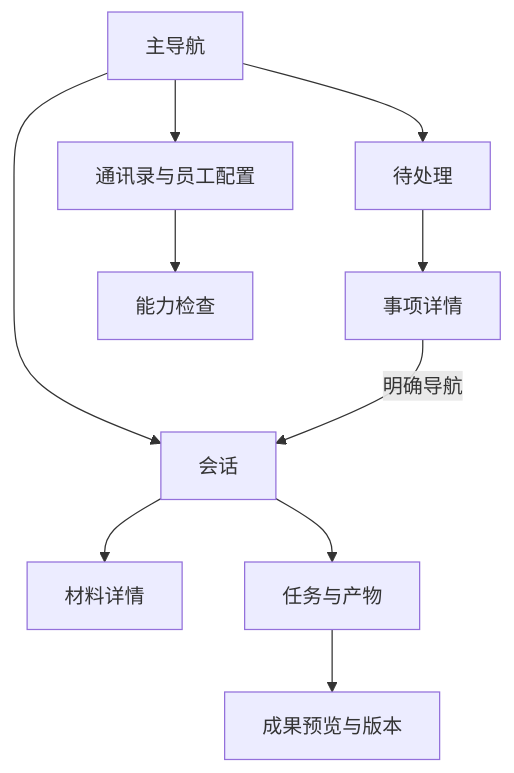
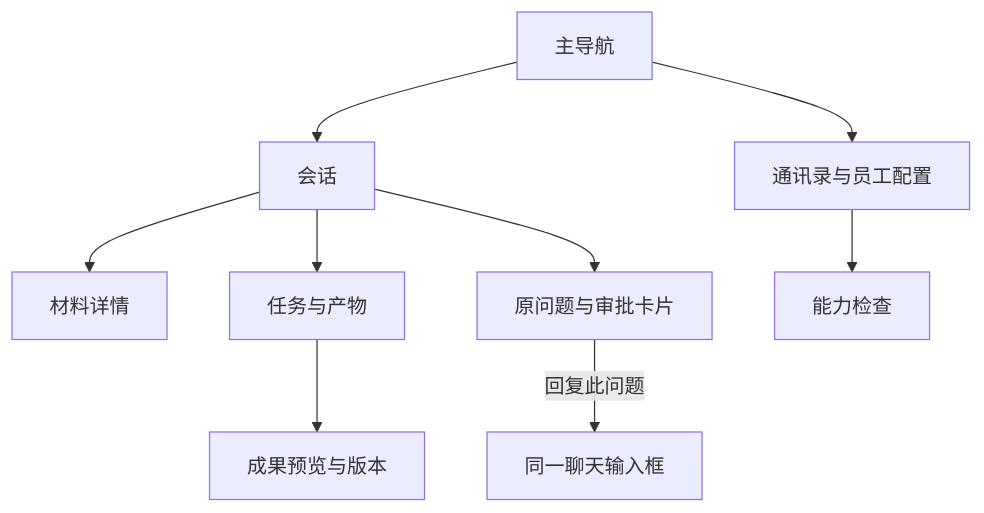
Before and after one commit to 6owen/boai-agent: the diagram in ai-docs/spec/8.Agent-IM产品完善/09-信息架构与交互设计.md, drawn with Mermaid. The commit also changed other lines of this file and 230 other files, not shown here.

````diff
--- a/ai-docs/spec/8.Agent-IM产品完善/09-信息架构与交互设计.md
+++ b/ai-docs/spec/8.Agent-IM产品完善/09-信息架构与交互设计.md
@@ -31,12 +32,11 @@
 ```mermaid
 flowchart TD
   A[主导航] --> B[会话]
-  A --> C[待处理]
   A --> D[通讯录与员工配置]
   B --> E[材料详情]
   B --> F[任务与产物]
   F --> G[成果预览与版本]
-  C --> H[事项详情]
-  H -->|明确导航| B
+  B --> H[原问题与审批卡片]
+  H -->|回复此问题| J[同一聊天输入框]
   D --> I[能力检查]
 ```
````
